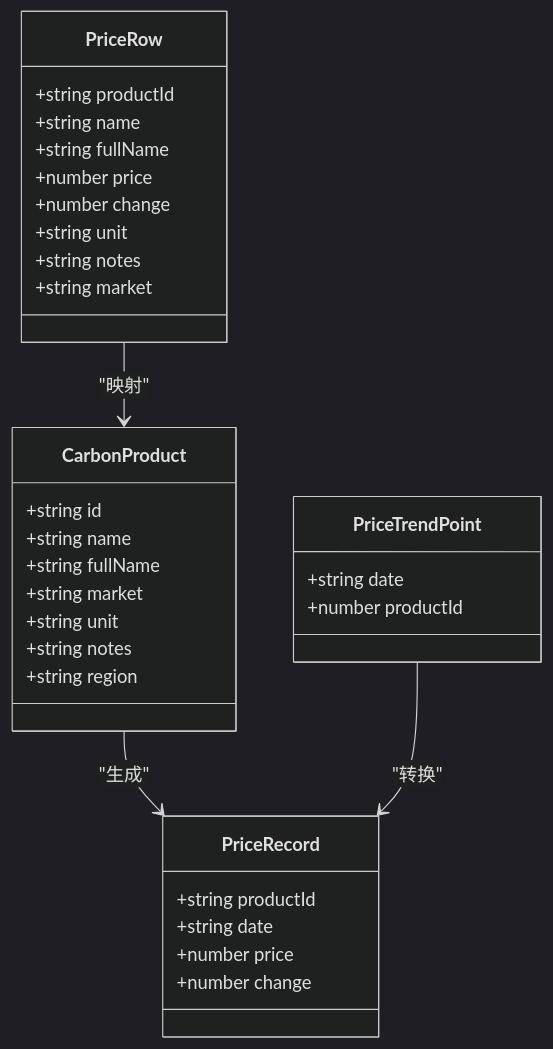
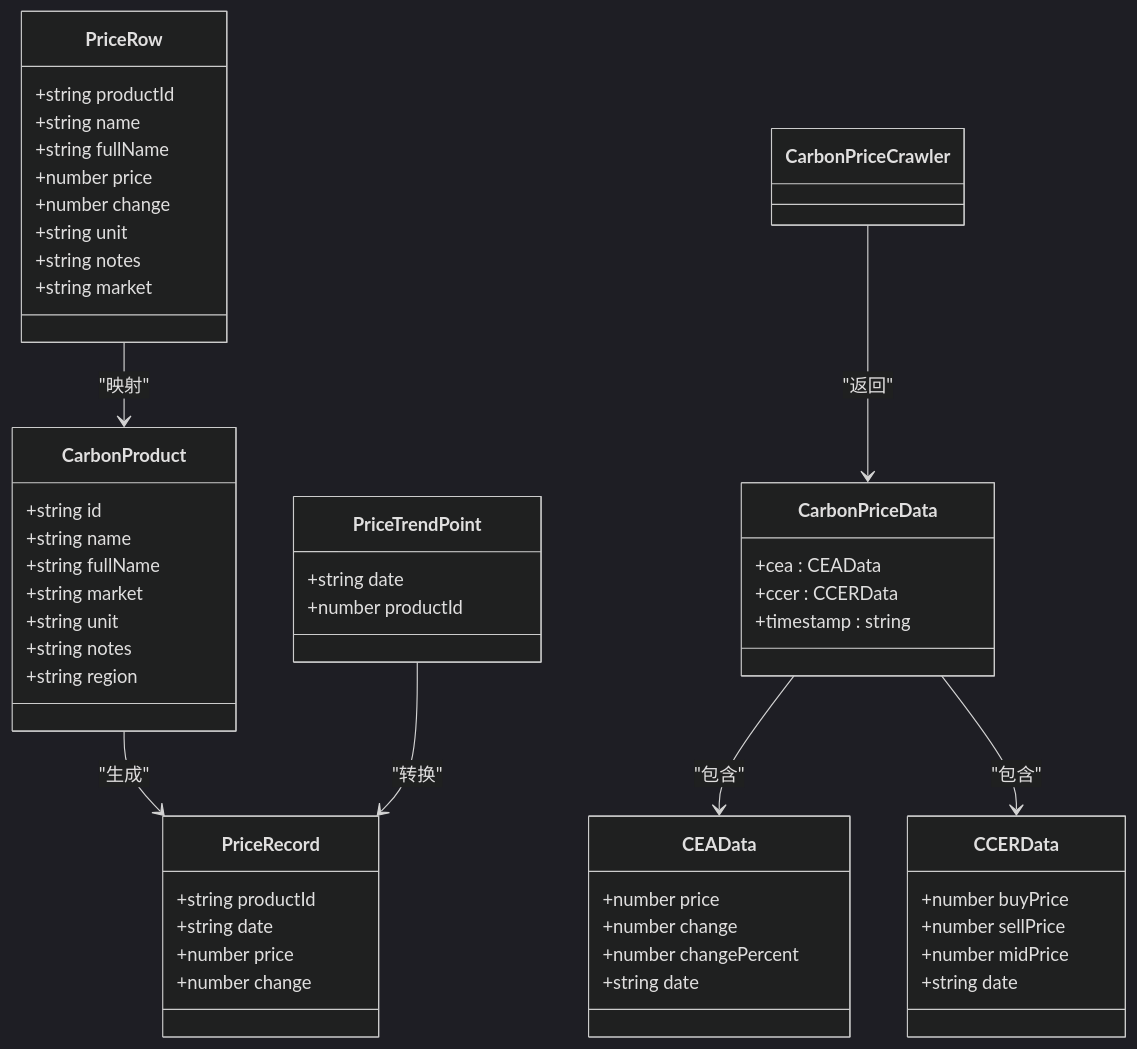
The second of 11 diagrams in .qoder/repowiki/zh/content/数据管理/价格数据管理.md (liangxuanliang-cmd/carbon-info-agent), drawn with Mermaid (dark theme) before and after one commit. The commit also changed other lines of this file and 6 other files, not shown here.

````diff
--- a/.qoder/repowiki/zh/content/数据管理/价格数据管理.md
+++ b/.qoder/repowiki/zh/content/数据管理/价格数据管理.md
@@ -87,35 +116,55 @@
 ```mermaid
 classDiagram
 class CarbonProduct {
 +string id
 +string name
 +string fullName
 +string market
 +string unit
 +string notes
 +string region
 }
 class PriceRecord {
 +string productId
 +string date
 +number price
 +number change
 }
 class PriceTrendPoint {
 +string date
 +number productId
 }
 class PriceRow {
 +string productId
 +string name
 +string fullName
 +number price
 +number change
 +string unit
 +string notes
 +string market
 }
+class CarbonPriceData {
++cea : CEAData
++ccer : CCERData
++timestamp : string
+}
+class CEAData {
++number price
++number change
++number changePercent
++string date
+}
+class CCERData {
++number buyPrice
++number sellPrice
++number midPrice
++string date
+}
 CarbonProduct --> PriceRecord : "生成"
 PriceTrendPoint --> PriceRecord : "转换"
 PriceRow --> CarbonProduct : "映射"
+CarbonPriceCrawler --> CarbonPriceData : "返回"
+CarbonPriceData --> CEAData : "包含"
+CarbonPriceData --> CCERData : "包含"
 ```
````
